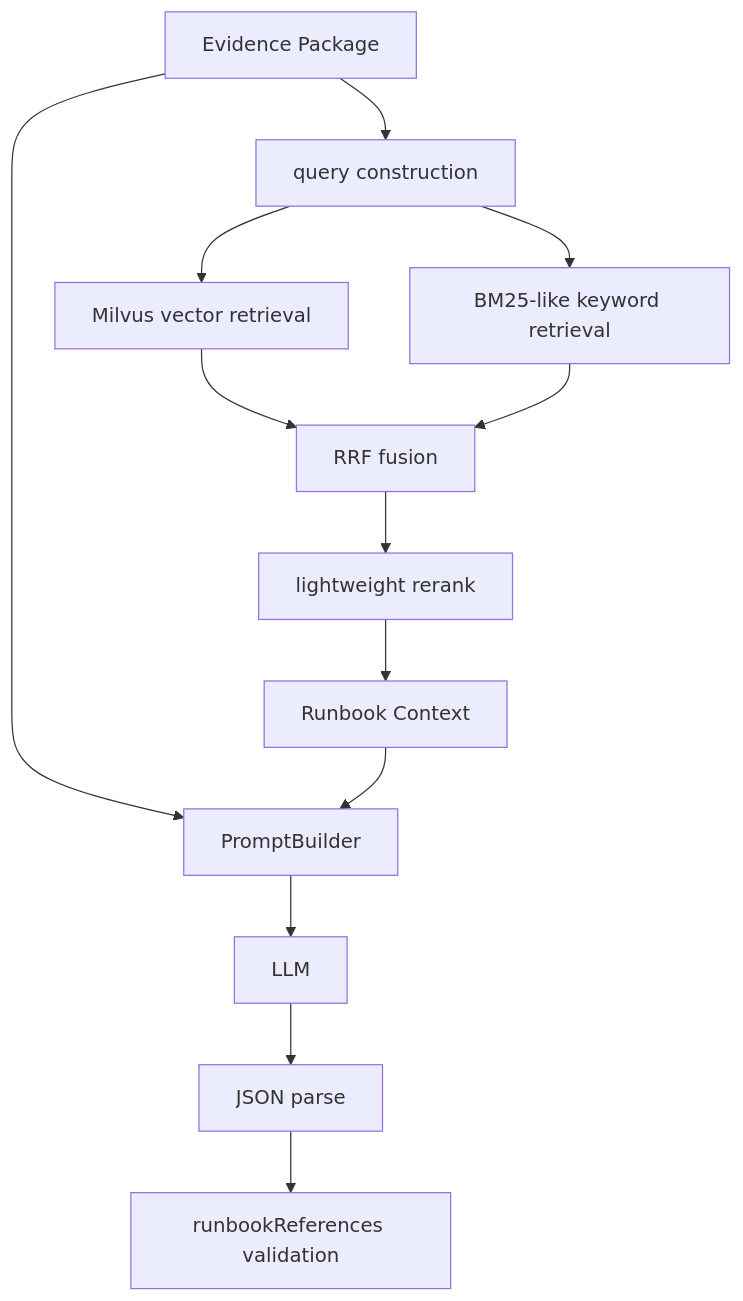
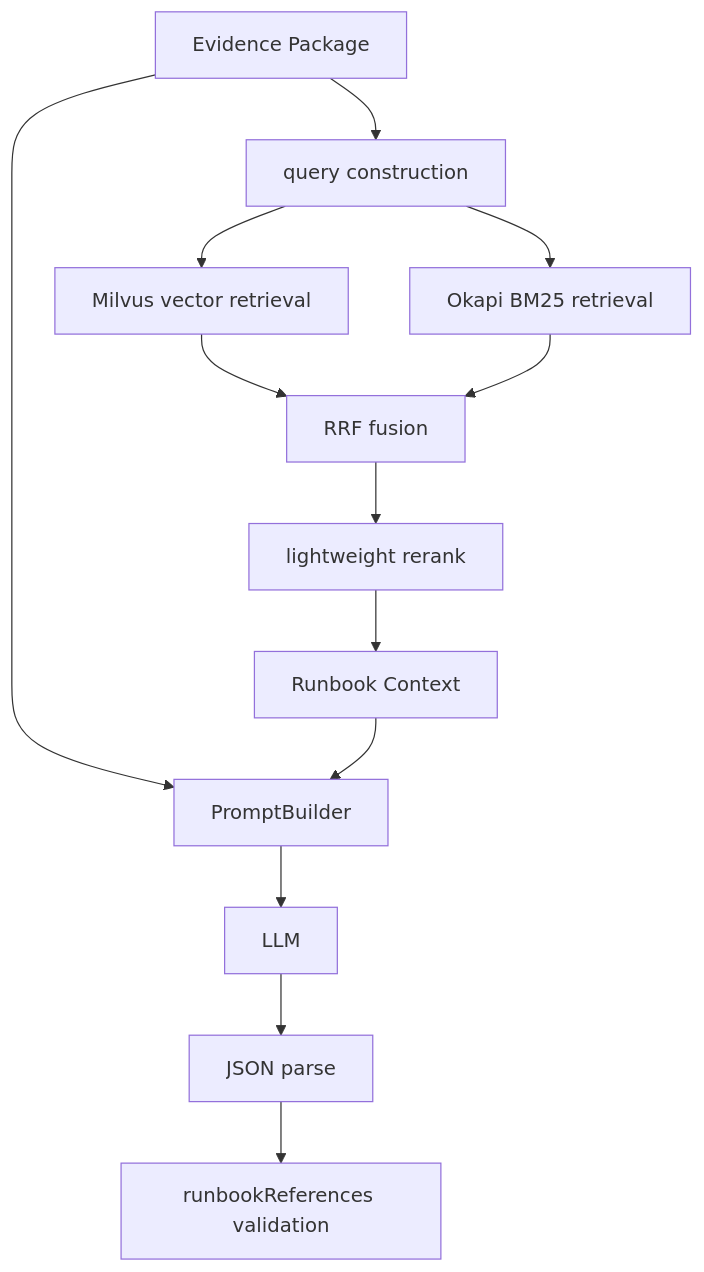
Before and after one commit to Godzzc/ai-faultlab: the third of 4 diagrams in docs/rag-architecture.md, drawn with Mermaid. The commit also changed other lines of this file and 9 other files, not shown here.

````diff
--- a/docs/rag-architecture.md
+++ b/docs/rag-architecture.md
@@ -118,15 +118,15 @@
 ```mermaid
 flowchart TD
     A[Evidence Package] --> B[query construction]
     B --> C[Milvus vector retrieval]
-    B --> D[BM25-like keyword retrieval]
+    B --> D[Okapi BM25 retrieval]
     C --> E[RRF fusion]
     D --> E
     E --> F[lightweight rerank]
     F --> G[Runbook Context]
     A --> H[PromptBuilder]
     G --> H
     H --> I[LLM]
     I --> J[JSON parse]
     J --> K[runbookReferences validation]
 ```
````
